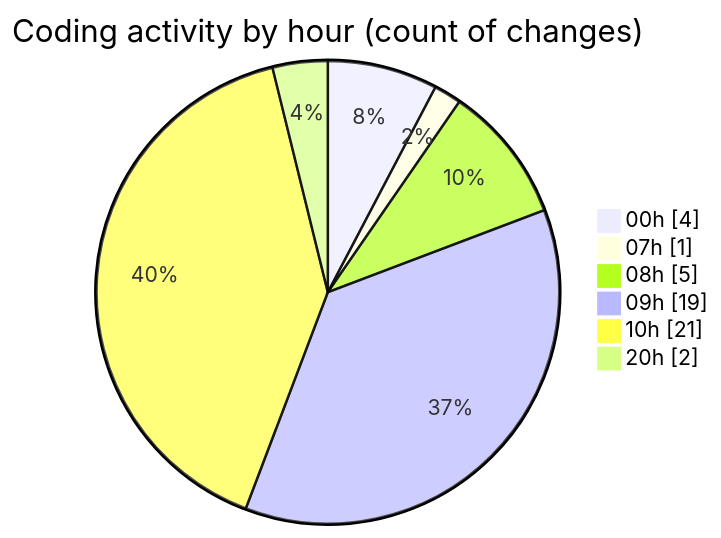
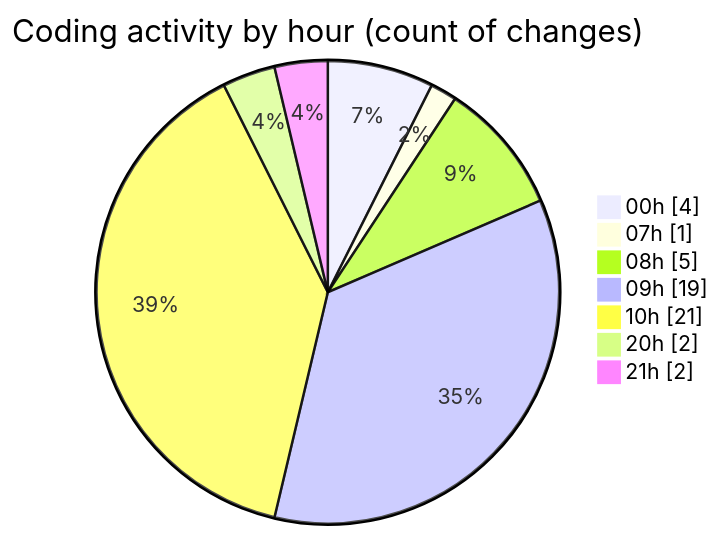
One commit to Elitesun/code-tracking changed the second of 2 diagrams in 2025-05-08/niten/README.md. Above: the diagram before and after it, drawn with Mermaid. The commit also changed other lines of this file and 1 other file, not shown here.

````diff
--- a/2025-05-08/niten/README.md
+++ b/2025-05-08/niten/README.md
@@ -43,10 +45,11 @@
 ```mermaid
 pie showData
 title Coding activity by hour (count of changes)
 "00h" : 4
 "07h" : 1
 "08h" : 5
 "09h" : 19
 "10h" : 21
 "20h" : 2
+"21h" : 2
 ```
````
